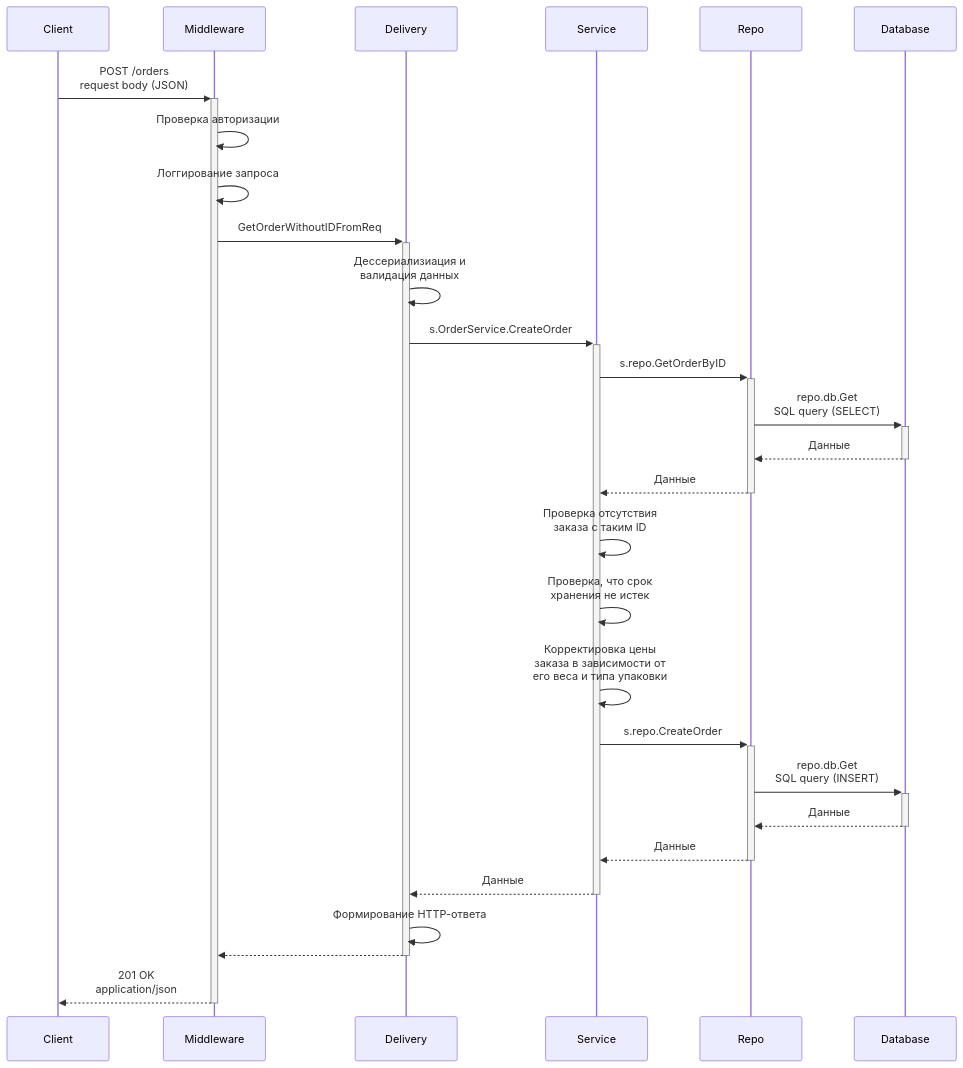
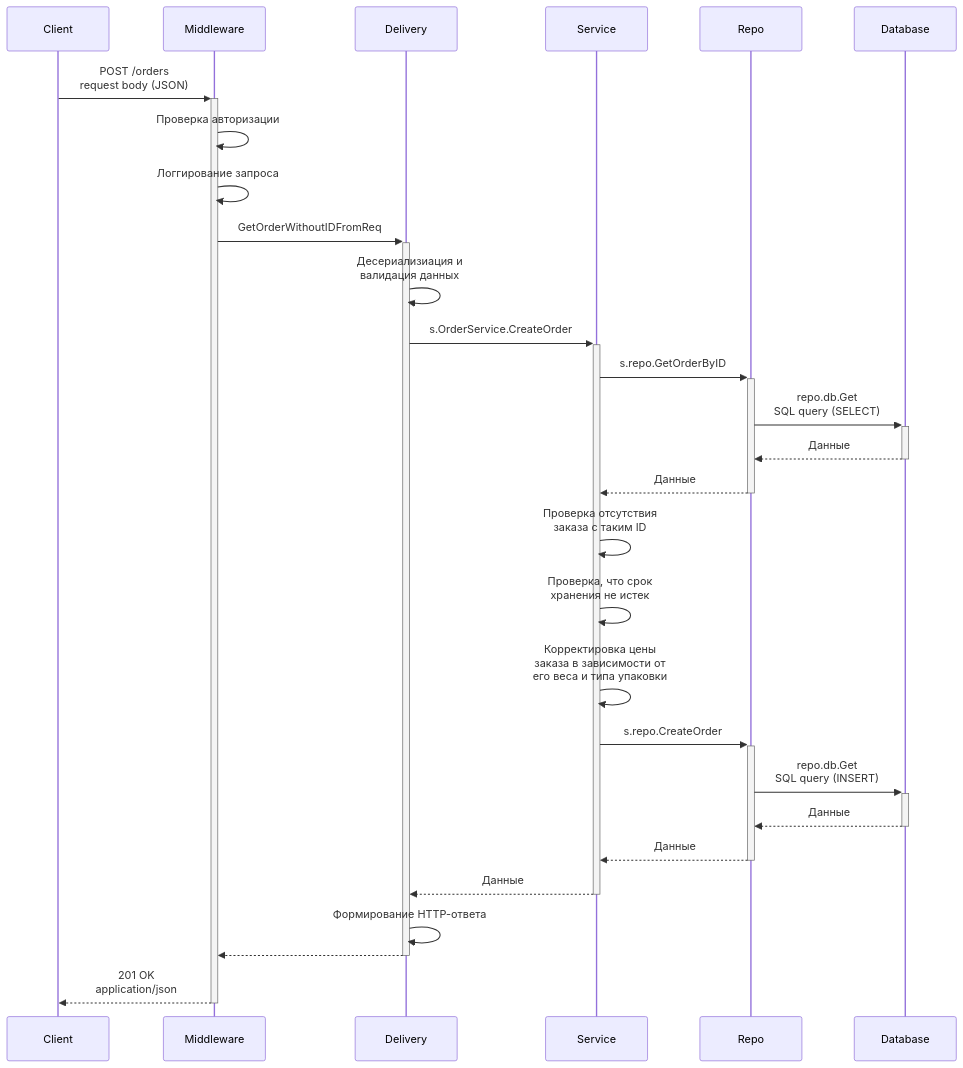
One commit to zlatoivan/pvz_microservice changed the diagram in uml/GOHW-4, UML.mmd. Above: the diagram before and after it, drawn with Mermaid. The commit also changed 8 other files, not shown here.

```diff
--- a/uml/GOHW-4, UML.mmd
+++ b/uml/GOHW-4, UML.mmd
@@ -1,30 +1,30 @@
 sequenceDiagram
     Client->>+Middleware: POST /orders <br> request body (JSON)
 
     Middleware->>Middleware: Проверка авторизации
     Middleware->>Middleware: Логгирование запроса
     Middleware->>+Delivery: GetOrderWithoutIDFromReq
 
-    Delivery->>Delivery: Дессериализиация и <br> валидация данных
+    Delivery->>Delivery: Десериализиация и <br> валидация данных
     Delivery->>+Service: s.OrderService.CreateOrder
 
     Service->>+Repo: s.repo.GetOrderByID
     Repo->>+Database: repo.db.Get <br> SQL query (SELECT)
     Database-->>-Repo: Данные
     Repo-->>-Service: Данные
 
     Service->>Service: Проверка отсутствия <br> заказа с таким ID
     Service->>Service: Проверка, что срок <br> хранения не истек
     Service->>Service: Корректировка цены <br> заказа в зависимости от <br> его веса и типа упаковки
 
     Service->>+Repo: s.repo.CreateOrder
     Repo->>+Database: repo.db.Get <br> SQL query (INSERT)
     Database-->>-Repo: Данные
     Repo-->>-Service: Данные
 
     Service-->>-Delivery: Данные
     Delivery->>Delivery: Формирование HTTP-ответа
 
     Delivery-->>-Middleware: 
 
     Middleware-->>-Client: 201 OK <br> application/json
```
